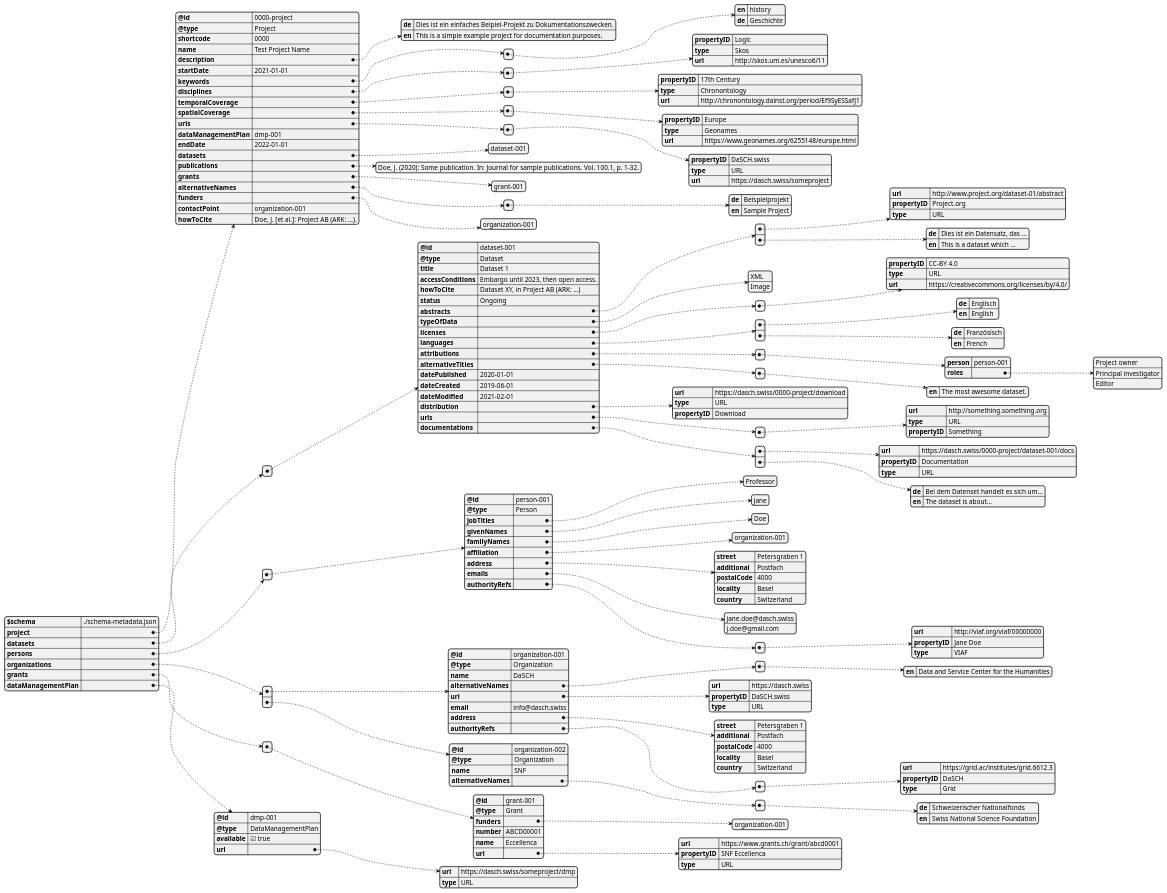
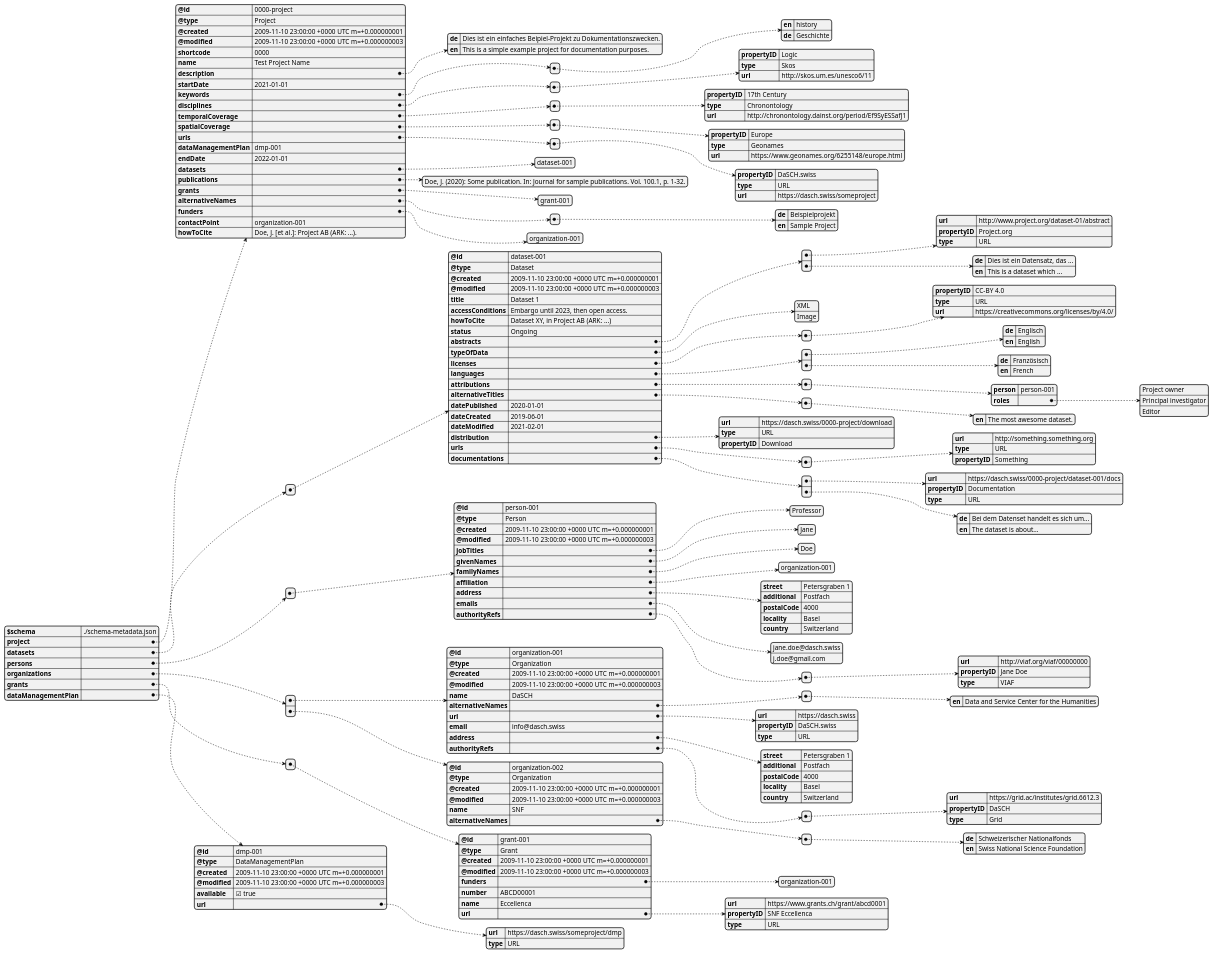
The diagram in docs/services/metadata/api-example.puml (dasch-swiss/dasch-service-platform), drawn with PlantUML before and after one commit. The commit also changed 6 other files, not shown here.

```diff
--- a/docs/services/metadata/api-example.puml
+++ b/docs/services/metadata/api-example.puml
@@ -5,6 +5,8 @@
   "project": {
     "@id": "0000-project",
     "@type": "Project",
+    "@created": "2009-11-10 23:00:00 +0000 UTC m=+0.000000001",
+    "@modified": "2009-11-10 23:00:00 +0000 UTC m=+0.000000003",
     "shortcode": "0000",
     "name": "Test Project Name",
     "description": {
@@ -73,6 +75,8 @@
     {
       "@id": "dataset-001",
       "@type": "Dataset",
+      "@created": "2009-11-10 23:00:00 +0000 UTC m=+0.000000001",
+      "@modified": "2009-11-10 23:00:00 +0000 UTC m=+0.000000003",
       "title": "Dataset 1",
       "accessConditions": "Embargo until 2023, then open access.",
       "howToCite": "Dataset XY, in Project AB (ARK: ...)",
@@ -156,6 +160,8 @@
     {
       "@id": "person-001",
       "@type": "Person",
+      "@created": "2009-11-10 23:00:00 +0000 UTC m=+0.000000001",
+      "@modified": "2009-11-10 23:00:00 +0000 UTC m=+0.000000003",
       "jobTitles": [
         "Professor"
       ],
@@ -192,6 +198,8 @@
     {
       "@id": "organization-001",
       "@type": "Organization",
+      "@created": "2009-11-10 23:00:00 +0000 UTC m=+0.000000001",
+      "@modified": "2009-11-10 23:00:00 +0000 UTC m=+0.000000003",
       "name": "DaSCH",
       "alternativeNames": [
         {
@@ -222,6 +230,8 @@
     {
       "@id": "organization-002",
       "@type": "Organization",
+      "@created": "2009-11-10 23:00:00 +0000 UTC m=+0.000000001",
+      "@modified": "2009-11-10 23:00:00 +0000 UTC m=+0.000000003",
       "name": "SNF",
       "alternativeNames": [
         {
@@ -235,6 +245,8 @@
     {
       "@id": "grant-001",
       "@type": "Grant",
+      "@created": "2009-11-10 23:00:00 +0000 UTC m=+0.000000001",
+      "@modified": "2009-11-10 23:00:00 +0000 UTC m=+0.000000003",
       "funders": [
         "organization-001"
       ],
@@ -250,6 +262,8 @@
   "dataManagementPlan": {
     "@id": "dmp-001",
     "@type": "DataManagementPlan",
+    "@created": "2009-11-10 23:00:00 +0000 UTC m=+0.000000001",
+    "@modified": "2009-11-10 23:00:00 +0000 UTC m=+0.000000003",
     "available": true,
     "url": {
       "url": "https://dasch.swiss/someproject/dmp",
```
